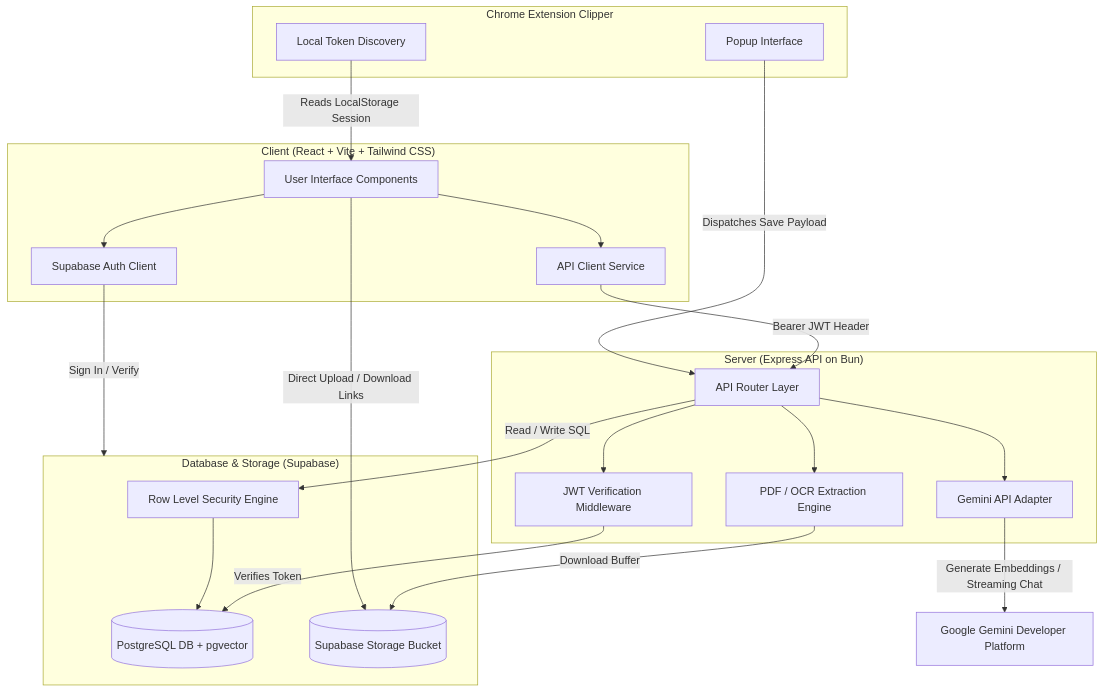
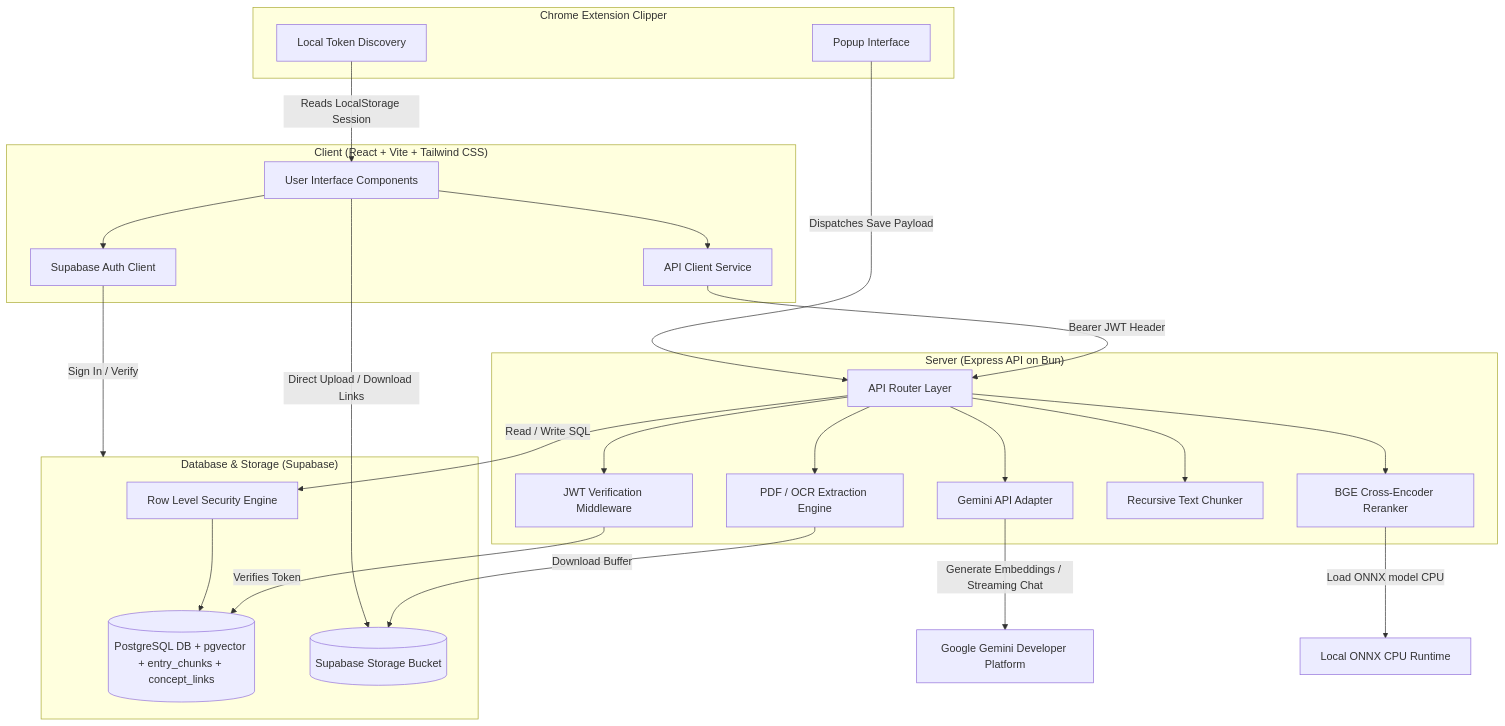
One commit to chavaliadi/knowledge-hub changed the first of 5 diagrams in README.md. Above: the diagram before and after it, drawn with Mermaid. The commit also changed other lines of this file and 4 other files, not shown here.

````diff
--- a/README.md
+++ b/README.md
@@ -42,49 +45,54 @@
 ```mermaid
 graph TD
     subgraph Client ["Client (React + Vite + Tailwind CSS)"]
         UI[User Interface Components]
         API_C[API Client Service]
         Auth_C[Supabase Auth Client]
     end
 
     subgraph ChromeExtension ["Chrome Extension Clipper"]
         ClipUI[Popup Interface]
         AuthHandshake[Local Token Discovery]
     end
 
     subgraph Server ["Server (Express API on Bun)"]
         Routes[API Router Layer]
         Auth_M[JWT Verification Middleware]
         DocParse[PDF / OCR Extraction Engine]
         GeminiService[Gemini API Adapter]
+        Chunker[Recursive Text Chunker]
+        RerankService[BGE Cross-Encoder Reranker]
     end
 
     subgraph DB ["Database & Storage (Supabase)"]
-        Postgres[(PostgreSQL DB + pgvector)]
+        Postgres[(PostgreSQL DB + pgvector + entry_chunks + concept_links)]
         RLS[Row Level Security Engine]
         StorageBucket[(Supabase Storage Bucket)]
     end
 
     %% Client Interactions
     UI --> API_C
     UI --> Auth_C
     API_C -->|Bearer JWT Header| Routes
     Auth_C -->|Sign In / Verify| DB
     
     %% Clipper Extension Interactions
     ClipUI -->|Dispatches Save Payload| Routes
     AuthHandshake -->|Reads LocalStorage Session| UI
     
     %% Server Interactions
     Routes --> Auth_M
     Auth_M -->|Verifies Token| Postgres
     Routes --> DocParse
+    Routes --> Chunker
     Routes --> GeminiService
+    Routes --> RerankService
     DocParse -->|Download Buffer| StorageBucket
     GeminiService -->|Generate Embeddings / Streaming Chat| GoogleGeminiAPI[Google Gemini Developer Platform]
+    RerankService -->|Load ONNX model CPU| ONNX[Local ONNX CPU Runtime]
     
     %% Database/Storage Interactions
     Routes -->|Read / Write SQL| RLS
     RLS --> Postgres
     UI -->|Direct Upload / Download Links| StorageBucket
 ```
````
